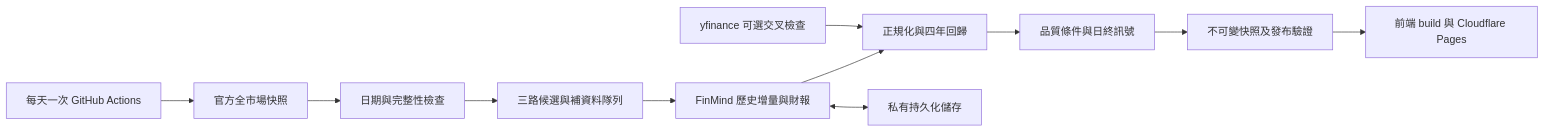
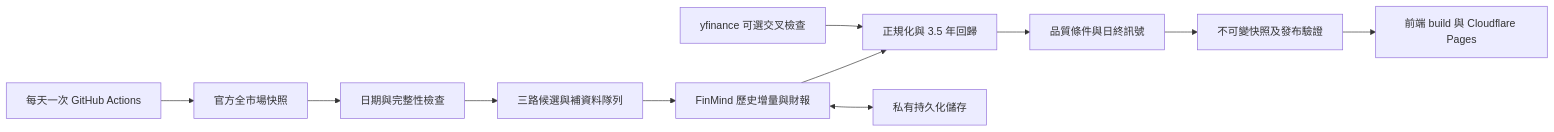
One commit to pingpongtech-uskg/stock-web-pages changed the diagram in PLAN.md. Above: the diagram before and after it, drawn with Mermaid. The commit also changed other lines of this file and 14 other files, not shown here.

````diff
--- a/PLAN.md
+++ b/PLAN.md
@@ -230,13 +230,13 @@
 ```mermaid
 flowchart LR
     A[每天一次 GitHub Actions] --> B[官方全市場快照]
     B --> C[日期與完整性檢查]
     C --> D[三路候選與補資料隊列]
     D --> E[FinMind 歷史增量與財報]
-    E --> F[正規化與四年回歸]
+    E --> F[正規化與 3.5 年回歸]
     F --> G[品質條件與日終訊號]
     G --> H[不可變快照及發布驗證]
     H --> I[前端 build 與 Cloudflare Pages]
     E <--> J[私有持久化儲存]
     K[yfinance 可選交叉檢查] --> F
 ```
````
